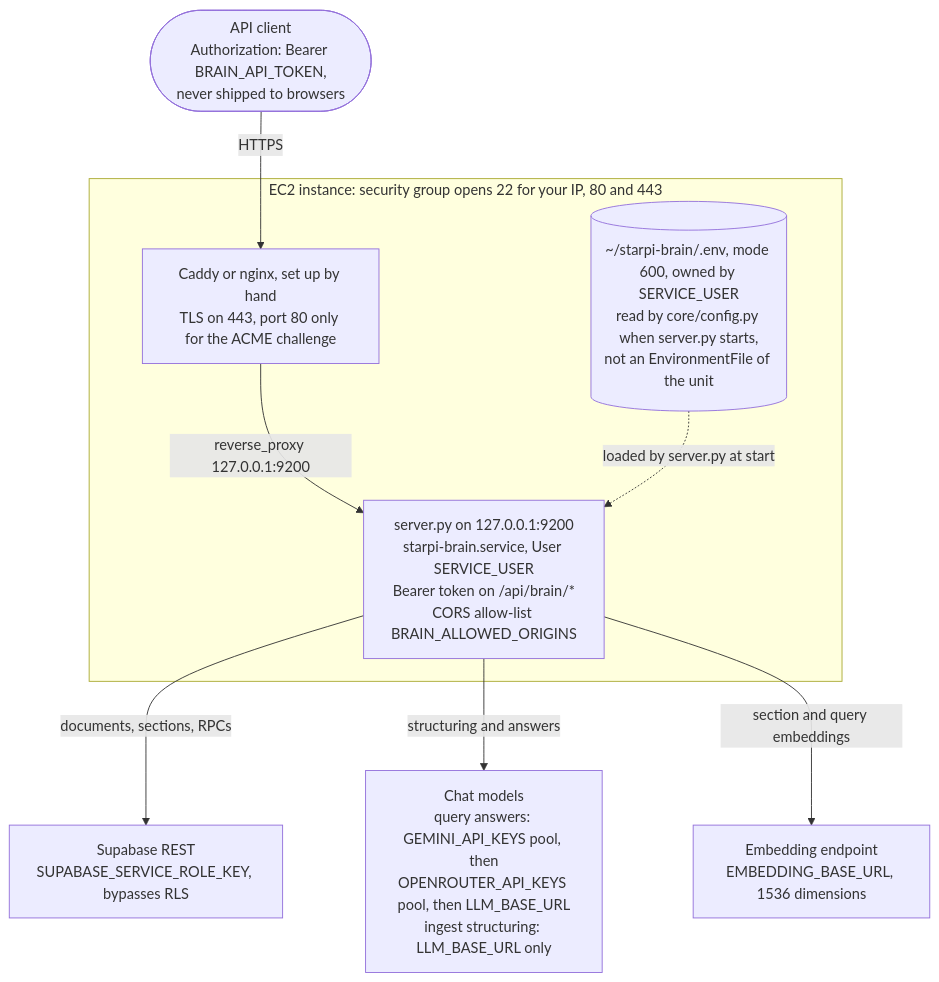
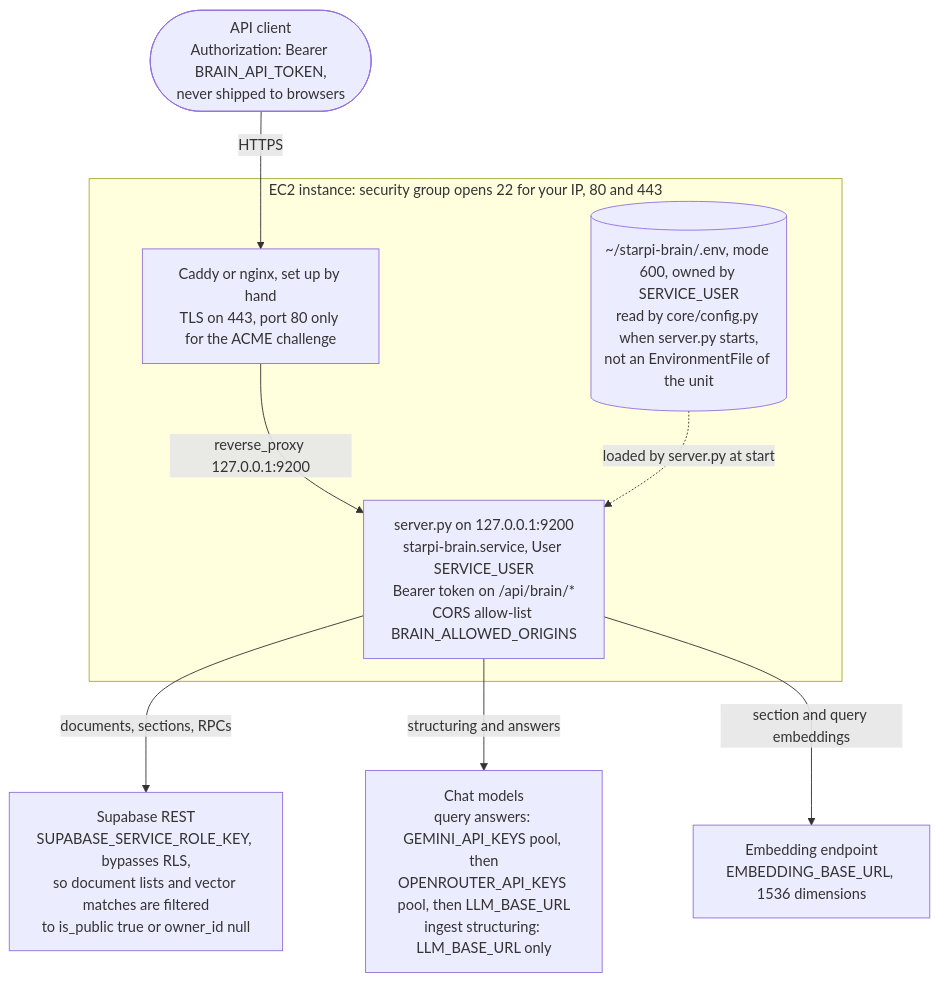
The first of 2 diagrams in backend/aws/cloud_architecture.md (umutcantezgel-cpu/Starpi), drawn with Mermaid before and after one commit. The commit also changed 15 other files, not shown here.

````diff
--- a/backend/aws/cloud_architecture.md
+++ b/backend/aws/cloud_architecture.md
@@ -11,19 +11,19 @@
 ```mermaid
 flowchart TD
     client(["API client<br/>Authorization: Bearer BRAIN_API_TOKEN,<br/>never shipped to browsers"])
     subgraph ec2["EC2 instance: security group opens 22 for your IP, 80 and 443"]
         proxy["Caddy or nginx, set up by hand<br/>TLS on 443, port 80 only for the ACME challenge"]
         server["server.py on 127.0.0.1:9200<br/>starpi-brain.service, User SERVICE_USER<br/>Bearer token on /api/brain/*<br/>CORS allow-list BRAIN_ALLOWED_ORIGINS"]
         envf[("~/starpi-brain/.env, mode 600, owned by SERVICE_USER<br/>read by core/config.py when server.py starts,<br/>not an EnvironmentFile of the unit")]
     end
-    supa["Supabase REST<br/>SUPABASE_SERVICE_ROLE_KEY, bypasses RLS"]
+    supa["Supabase REST<br/>SUPABASE_SERVICE_ROLE_KEY, bypasses RLS,<br/>so document lists and vector matches are filtered<br/>to is_public true or owner_id null"]
     llm["Chat models<br/>query answers: GEMINI_API_KEYS pool, then<br/>OPENROUTER_API_KEYS pool, then LLM_BASE_URL<br/>ingest structuring: LLM_BASE_URL only"]
     emb["Embedding endpoint<br/>EMBEDDING_BASE_URL, 1536 dimensions"]
 
     client -->|"HTTPS"| proxy
     proxy -->|"reverse_proxy 127.0.0.1:9200"| server
     envf -.->|"loaded by server.py at start"| server
     server -->|"documents, sections, RPCs"| supa
     server -->|"structuring and answers"| llm
     server -->|"section and query embeddings"| emb
 ```
````
